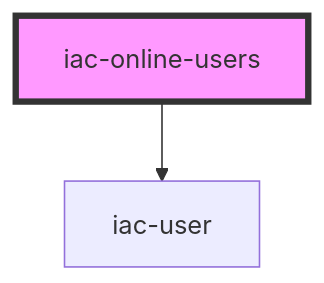
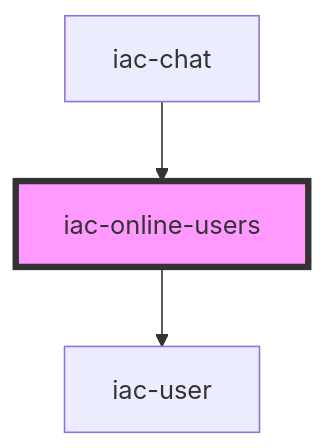
Before and after one commit to mbuckley/hackathon-in-app-chat: the diagram in src/components/online-users/readme.md, drawn with Mermaid. The commit also changed other lines of this file and 61 other files, not shown here.

````diff
--- a/src/components/online-users/readme.md
+++ b/src/components/online-users/readme.md
@@ -23,5 +27,6 @@
 ```mermaid
 graph TD;
   iac-online-users --> iac-user
+  iac-chat --> iac-online-users
   style iac-online-users fill:#f9f,stroke:#333,stroke-width:4px
 ```
````
